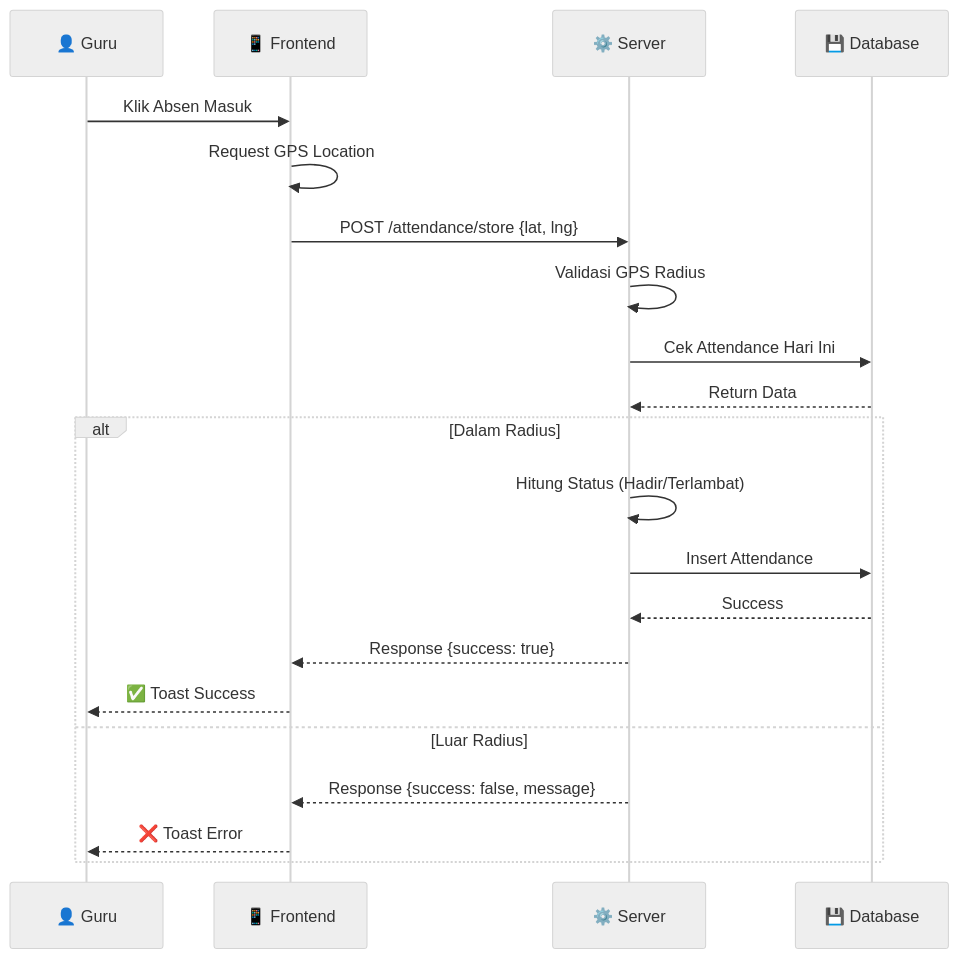
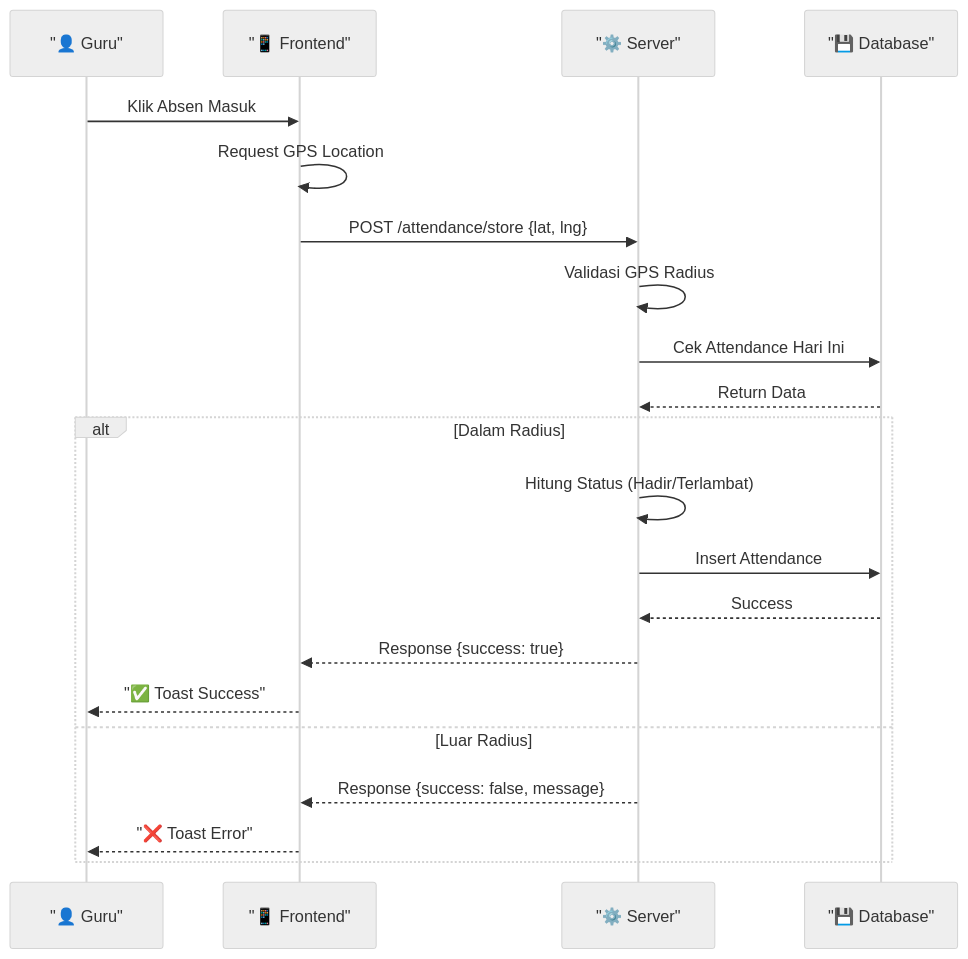
The third of 3 diagrams in README.md (vexalyn-dev/presensi-guru-icbct), drawn with Mermaid (neutral theme) before and after one commit. The commit also changed other lines of this file, not shown here.

````diff
--- a/README.md
+++ b/README.md
@@ -211,25 +211,25 @@
 ```mermaid
 sequenceDiagram
-    participant G as 👤 Guru
-    participant F as 📱 Frontend
-    participant S as ⚙️ Server
-    participant D as 💾 Database
+    participant G as "👤 Guru"
+    participant F as "📱 Frontend"
+    participant S as "⚙️ Server"
+    participant D as "💾 Database"
     
     G->>F: Klik Absen Masuk
     F->>F: Request GPS Location
     F->>S: POST /attendance/store {lat, lng}
     S->>S: Validasi GPS Radius
     S->>D: Cek Attendance Hari Ini
     D-->>S: Return Data
     
     alt Dalam Radius
         S->>S: Hitung Status (Hadir/Terlambat)
         S->>D: Insert Attendance
         D-->>S: Success
         S-->>F: Response {success: true}
-        F-->>G: ✅ Toast Success
+        F-->>G: "✅ Toast Success"
     else Luar Radius
         S-->>F: Response {success: false, message}
-        F-->>G: ❌ Toast Error
+        F-->>G: "❌ Toast Error"
     end
 ```
````
